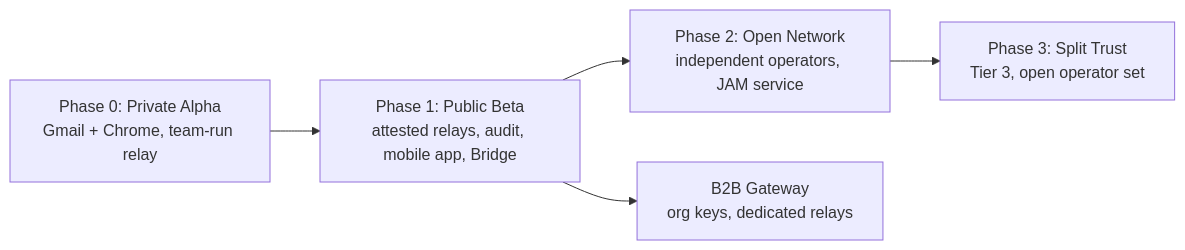
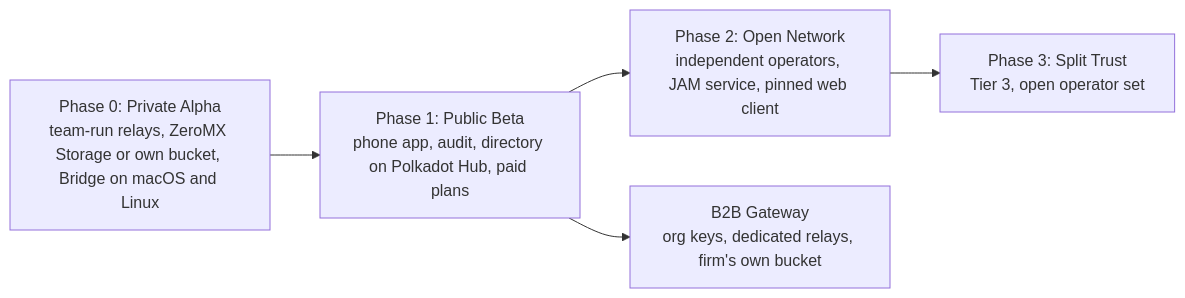
The diagram in docs/04-roadmap.md (danicuki/zeromx), drawn with Mermaid before and after one commit. The commit also changed other lines of this file and 15 other files, not shown here.

````diff
--- a/docs/04-roadmap.md
+++ b/docs/04-roadmap.md
@@ -12,7 +13,7 @@
 ```mermaid
 flowchart LR
-    P0["Phase 0: Private Alpha<br/>Gmail + Chrome, team-run relay"] --> P1["Phase 1: Public Beta<br/>attested relays, audit, mobile app, Bridge"]
-    P1 --> P2["Phase 2: Open Network<br/>independent operators, JAM service"]
+    P0["Phase 0: Private Alpha<br/>team-run relays, ZeroMX Storage or own bucket, Bridge on macOS and Linux"] --> P1["Phase 1: Public Beta<br/>phone app, audit, directory on Polkadot Hub, paid plans"]
+    P1 --> P2["Phase 2: Open Network<br/>independent operators, JAM service, pinned web client"]
     P2 --> P3["Phase 3: Split Trust<br/>Tier 3, open operator set"]
-    P1 --> B["B2B Gateway<br/>org keys, dedicated relays"]
+    P1 --> B["B2B Gateway<br/>org keys, dedicated relays, firm's own bucket"]
 ```
````
